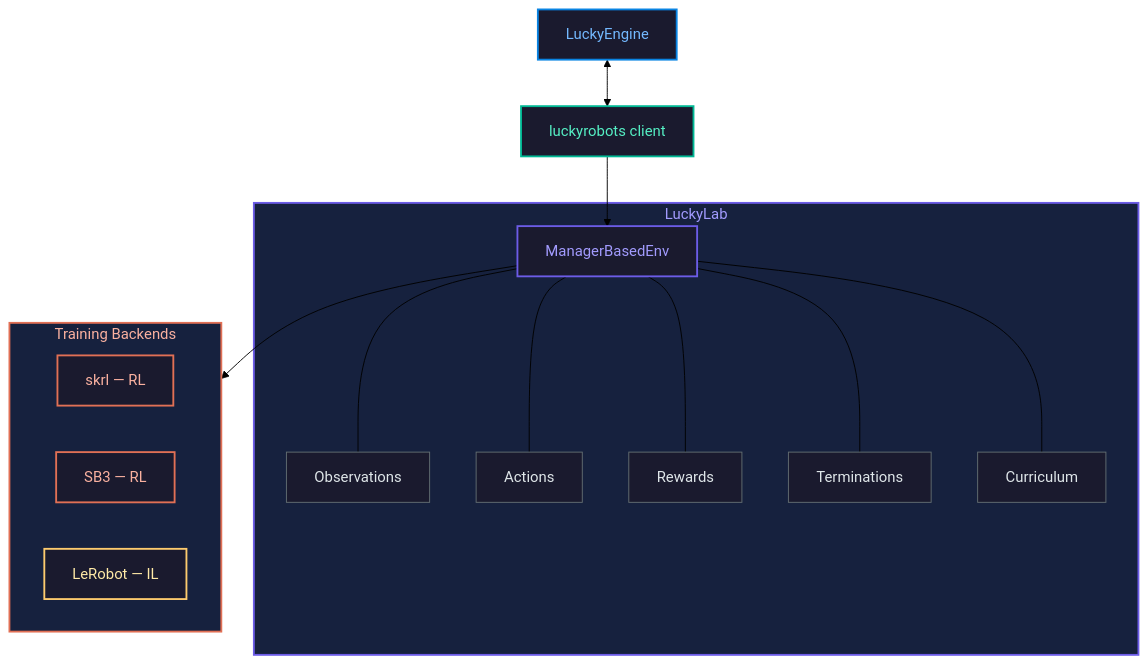
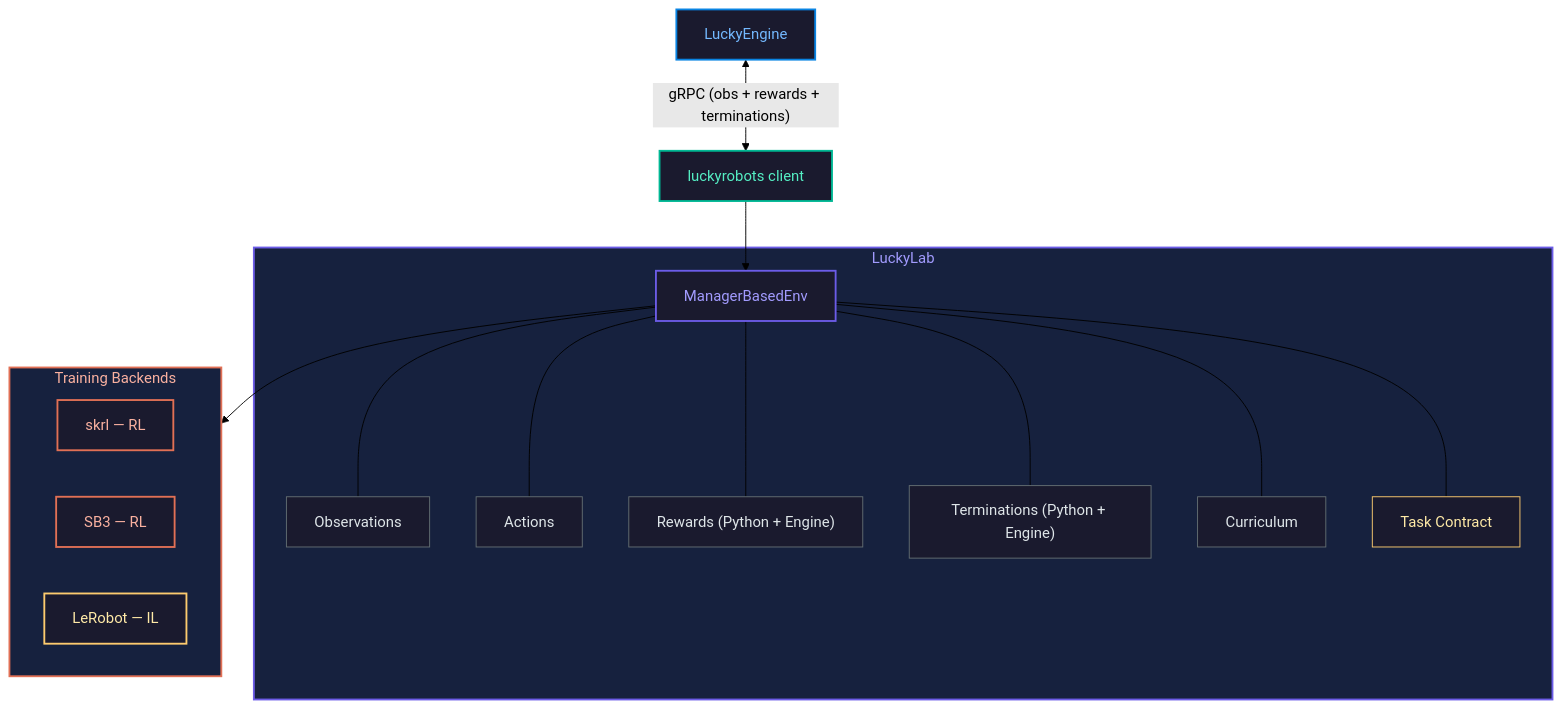
Before and after one commit to luckyrobots/luckylab: the diagram in README.md, drawn with Mermaid (forest theme). The commit also changed other lines of this file and 40 other files, not shown here.

````diff
--- a/README.md
+++ b/README.md
@@ -80,41 +314,43 @@
 ```mermaid
 graph TD
     LE[LuckyEngine]
 
-    LE <--> LR[luckyrobots client]
+    LE <-->|"gRPC (obs + rewards + terminations)"| LR[luckyrobots client]
 
     LR --> ENV
 
     subgraph LuckyLab ["&nbsp;&nbsp;&nbsp;&nbsp;LuckyLab&nbsp;&nbsp;&nbsp;&nbsp;"]
         ENV[ManagerBasedEnv]
         ENV --- OBS[Observations]
         ENV --- ACT[Actions]
-        ENV --- REW[Rewards]
-        ENV --- TERM[Terminations]
+        ENV --- REW["Rewards (Python + Engine)"]
+        ENV --- TERM["Terminations (Python + Engine)"]
         ENV --- CURR[Curriculum]
+        ENV --- CONTRACT[Task Contract]
     end
 
     subgraph Backends ["Training Backends"]
         SKRL[skrl — RL]
         SB3[SB3 — RL]
         LEROBOT[LeRobot — IL]
     end
 
     ENV --> Backends
 
     style LE fill:#1a1a2e,stroke:#0984e3,stroke-width:2px,color:#74b9ff
     style LR fill:#1a1a2e,stroke:#00b894,stroke-width:2px,color:#55efc4
 
     style LuckyLab fill:#16213e,stroke:#6c5ce7,stroke-width:2px,color:#a29bfe
     style ENV fill:#1a1a2e,stroke:#6c5ce7,stroke-width:2px,color:#a29bfe
     style OBS fill:#1a1a2e,stroke:#636e72,stroke-width:1px,color:#dfe6e9
     style ACT fill:#1a1a2e,stroke:#636e72,stroke-width:1px,color:#dfe6e9
     style REW fill:#1a1a2e,stroke:#636e72,stroke-width:1px,color:#dfe6e9
     style TERM fill:#1a1a2e,stroke:#636e72,stroke-width:1px,color:#dfe6e9
     style CURR fill:#1a1a2e,stroke:#636e72,stroke-width:1px,color:#dfe6e9
+    style CONTRACT fill:#1a1a2e,stroke:#fdcb6e,stroke-width:1px,color:#ffeaa7
 
     style Backends fill:#16213e,stroke:#e17055,stroke-width:2px,color:#fab1a0
     style SKRL fill:#1a1a2e,stroke:#e17055,stroke-width:2px,color:#fab1a0
     style SB3 fill:#1a1a2e,stroke:#e17055,stroke-width:2px,color:#fab1a0
     style LEROBOT fill:#1a1a2e,stroke:#fdcb6e,stroke-width:2px,color:#ffeaa7
 ```
````
